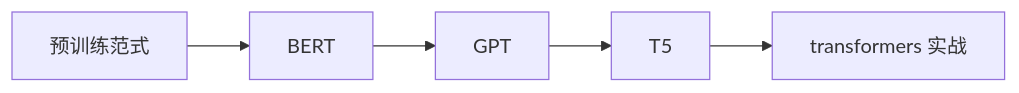
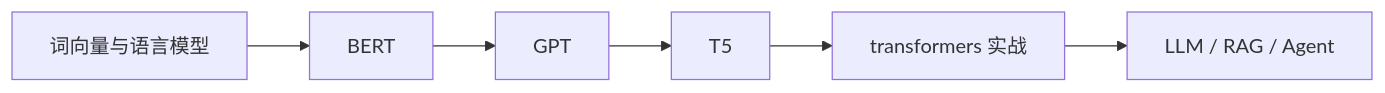
Before and after one commit to oudbiao/AI-fullstack-course: the first of 2 diagrams in docs/stage7/ch06-pretrained/00-roadmap.md, drawn with Mermaid. The commit also changed other lines of this file and 139 other files, not shown here.

````diff
--- a/docs/stage7/ch06-pretrained/00-roadmap.md
+++ b/docs/stage7/ch06-pretrained/00-roadmap.md
@@ -16,7 +18,8 @@
 ```mermaid
 flowchart LR
-    A["预训练范式"] --> B["BERT"]
-    B --> C["GPT"]
-    C --> D["T5"]
-    D --> E["transformers 实战"]
+  A[词向量与语言模型] --> B[BERT]
+  B --> C[GPT]
+  C --> D[T5]
+  D --> E[transformers 实战]
+  E --> F[LLM / RAG / Agent]
 ```
````
